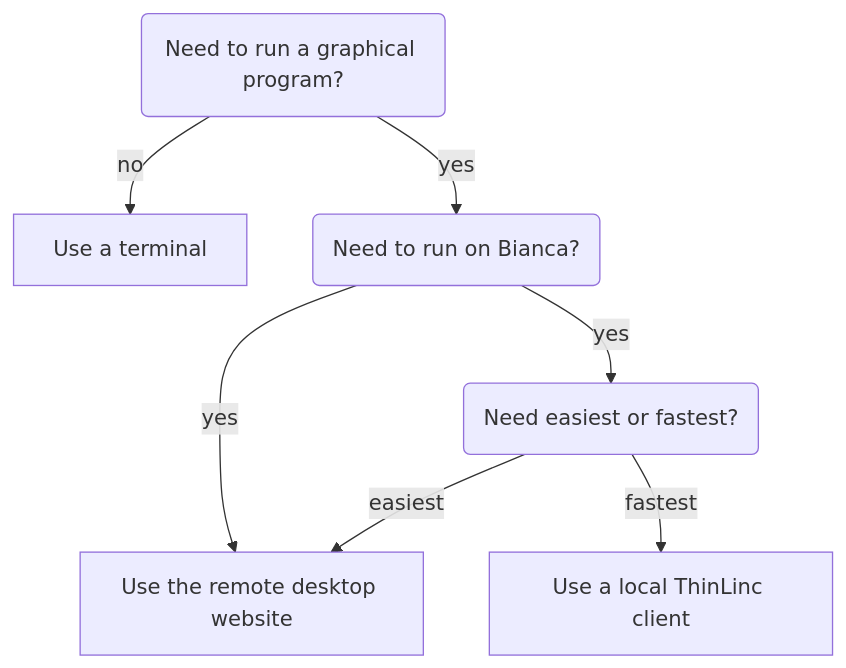
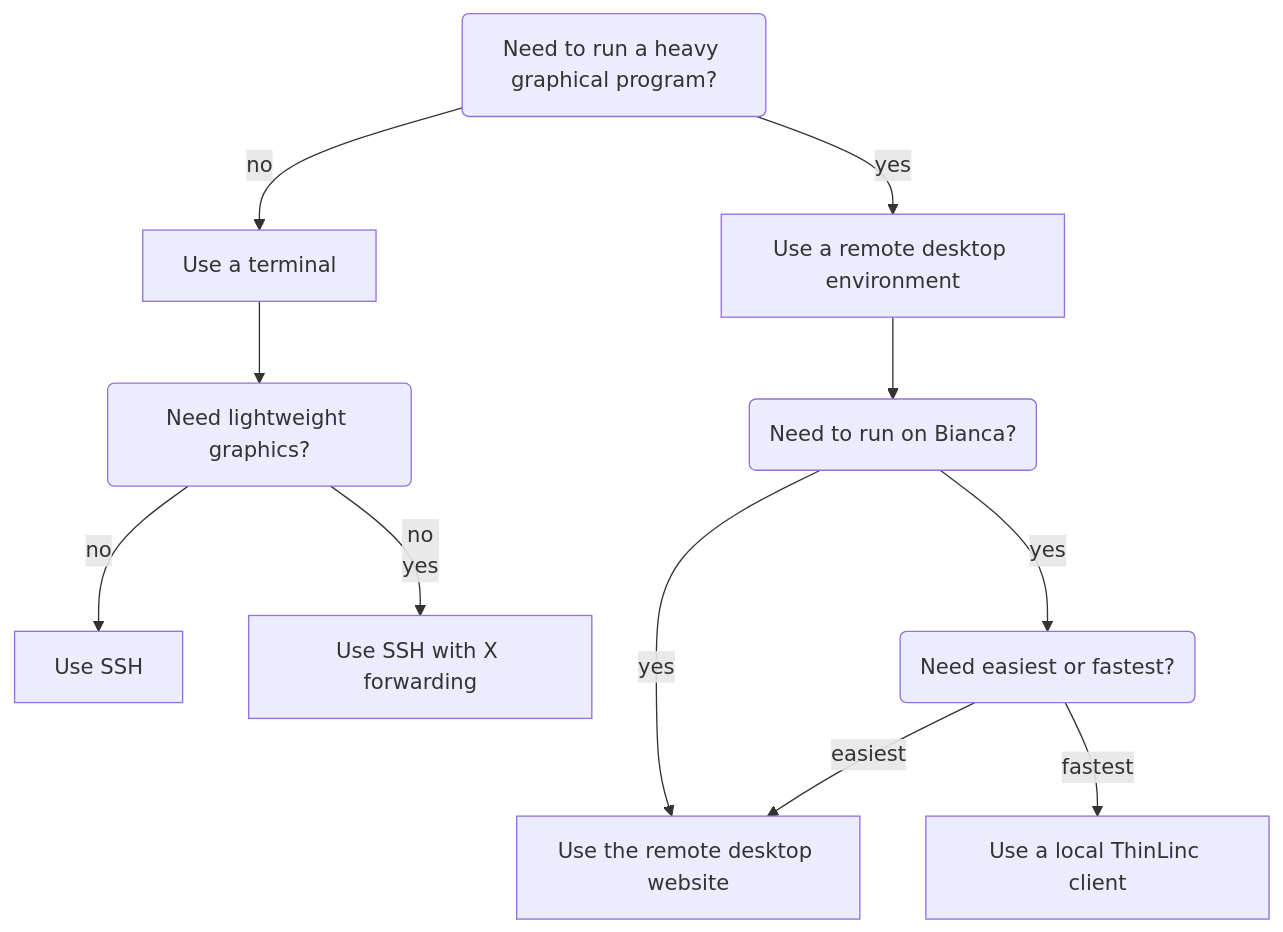
One commit to UPPMAX/uppmax_intro_day_1 changed the diagram in docs/sessions/login.md. Above: the diagram before and after it, drawn with Mermaid. The commit also changed other lines of this file, not shown here.

````diff
--- a/docs/sessions/login.md
+++ b/docs/sessions/login.md
@@ -65,16 +66,26 @@
 ```mermaid
 flowchart TD
-  need_gui(Need to run a graphical program?)
+  need_gui(Need to run a heavy graphical program?)
   use_terminal[Use a terminal]
+  use_remote_desktop[Use a remote desktop environment]
+  use_ssh[Use SSH]
+  use_ssh_with_x_forwarding[Use SSH with X forwarding]
   need_bianca(Need to run on Bianca?)
   use_website[Use the remote desktop website]
   need_easy_or_speedy(Need easiest or fastest?)
+  need_light(Need lightweight graphics?)
   use_local[Use a local ThinLinc client]
 
   need_gui --> |no| use_terminal
-  need_gui --> |yes| need_bianca
+  need_gui --> |yes| use_remote_desktop
+  use_remote_desktop --> need_bianca
   need_bianca --> |yes| use_website
   need_bianca --> |yes| need_easy_or_speedy
   need_easy_or_speedy --> |easiest| use_website
   need_easy_or_speedy --> |fastest| use_local
+
+  use_terminal --> need_light
+
+  need_light --> |no| use_ssh
+  need_light --> |no\nyes| use_ssh_with_x_forwarding[Use SSH with X forwarding]
 ```
````
